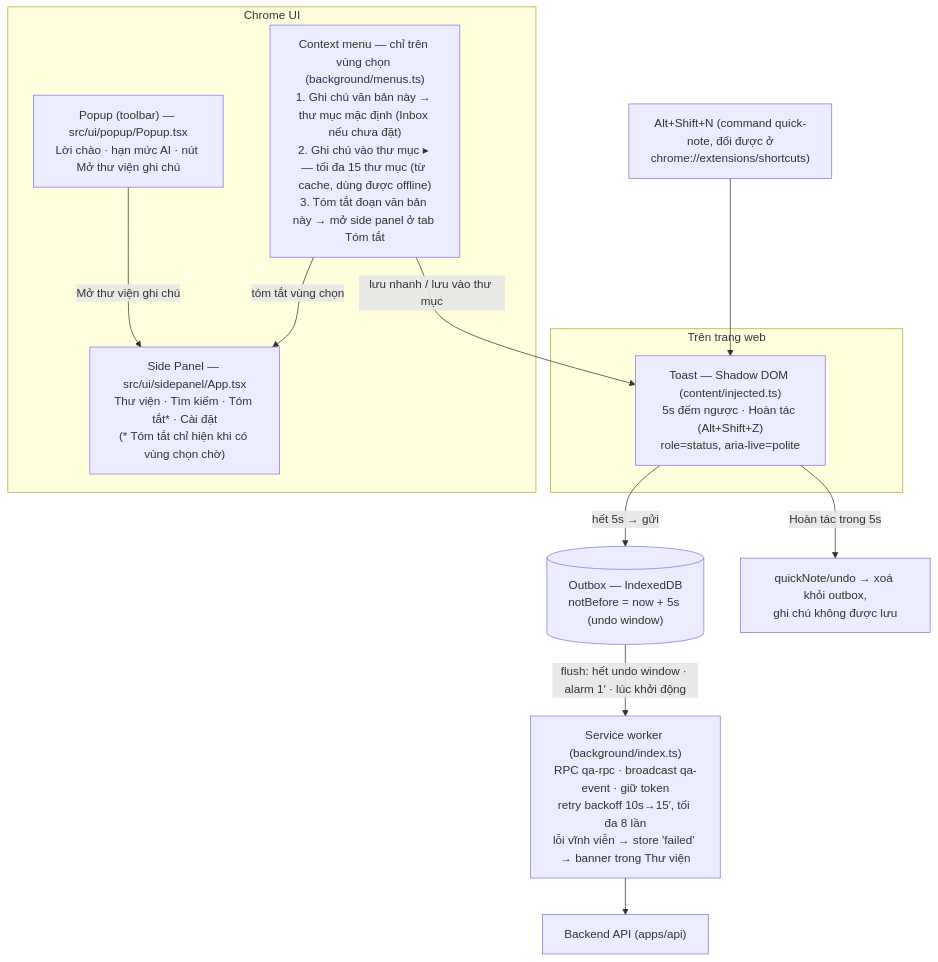
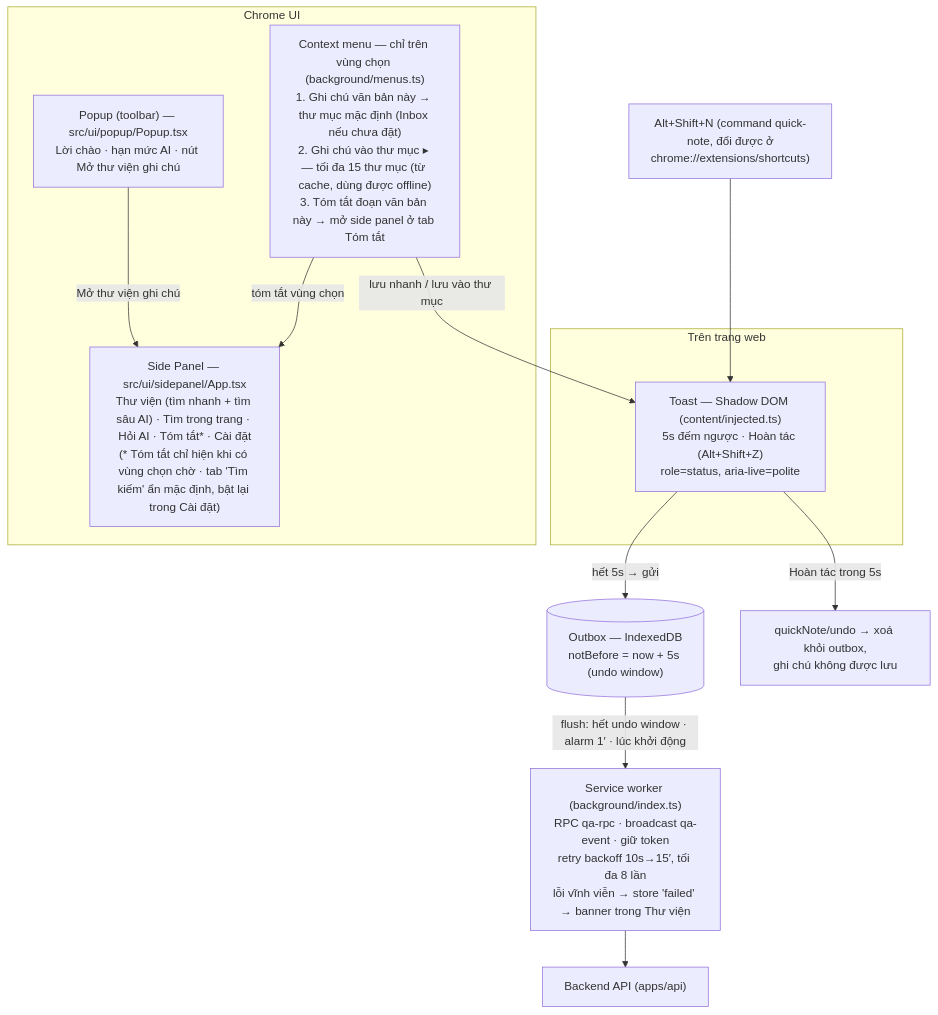
One commit to watashiwalds/quick-assist-ext changed the first of 9 diagrams in docs/ux/ui-map.md. Above: the diagram before and after it, drawn with Mermaid. The commit also changed other lines of this file and 13 other files, not shown here.

````diff
--- a/docs/ux/ui-map.md
+++ b/docs/ux/ui-map.md
@@ -14,23 +14,23 @@
 ```mermaid
 flowchart TB
     subgraph WebPage["Trên trang web"]
         TOAST["Toast — Shadow DOM (content/injected.ts)<br/>5s đếm ngược · Hoàn tác (Alt+Shift+Z)<br/>role=status, aria-live=polite"]
     end
 
     subgraph ChromeUI["Chrome UI"]
         CTX["Context menu — chỉ trên vùng chọn (background/menus.ts)<br/>1. Ghi chú văn bản này → thư mục mặc định (Inbox nếu chưa đặt)<br/>2. Ghi chú vào thư mục ▸ — tối đa 15 thư mục (từ cache, dùng được offline)<br/>3. Tóm tắt đoạn văn bản này → mở side panel ở tab Tóm tắt"]
         POPUP["Popup (toolbar) — src/ui/popup/Popup.tsx<br/>Lời chào · hạn mức AI · nút Mở thư viện ghi chú"]
-        SP["Side Panel — src/ui/sidepanel/App.tsx<br/>Thư viện · Tìm kiếm · Tóm tắt* · Cài đặt<br/>(* Tóm tắt chỉ hiện khi có vùng chọn chờ)"]
+        SP["Side Panel — src/ui/sidepanel/App.tsx<br/>Thư viện (tìm nhanh + tìm sâu AI) · Tìm trong trang · Hỏi AI · Tóm tắt* · Cài đặt<br/>(* Tóm tắt chỉ hiện khi có vùng chọn chờ · tab 'Tìm kiếm' ẩn mặc định, bật lại trong Cài đặt)"]
     end
 
     KB["Alt+Shift+N (command quick-note, đổi được ở<br/>chrome://extensions/shortcuts)"] --> TOAST
     CTX -->|lưu nhanh / lưu vào thư mục| TOAST
     CTX -->|tóm tắt vùng chọn| SP
     POPUP -->|Mở thư viện ghi chú| SP
 
     TOAST -->|"hết 5s → gửi"| OUTBOX[("Outbox — IndexedDB<br/>notBefore = now + 5s (undo window)")]
     TOAST -->|Hoàn tác trong 5s| UNDO["quickNote/undo → xoá khỏi outbox,<br/>ghi chú không được lưu"]
     OUTBOX -->|"flush: hết undo window · alarm 1′ · lúc khởi động"| BG
     BG["Service worker (background/index.ts)<br/>RPC qa-rpc · broadcast qa-event · giữ token<br/>retry backoff 10s→15′, tối đa 8 lần<br/>lỗi vĩnh viễn → store 'failed' → banner trong Thư viện"]
     BG --> API["Backend API (apps/api)"]
 ```
````
